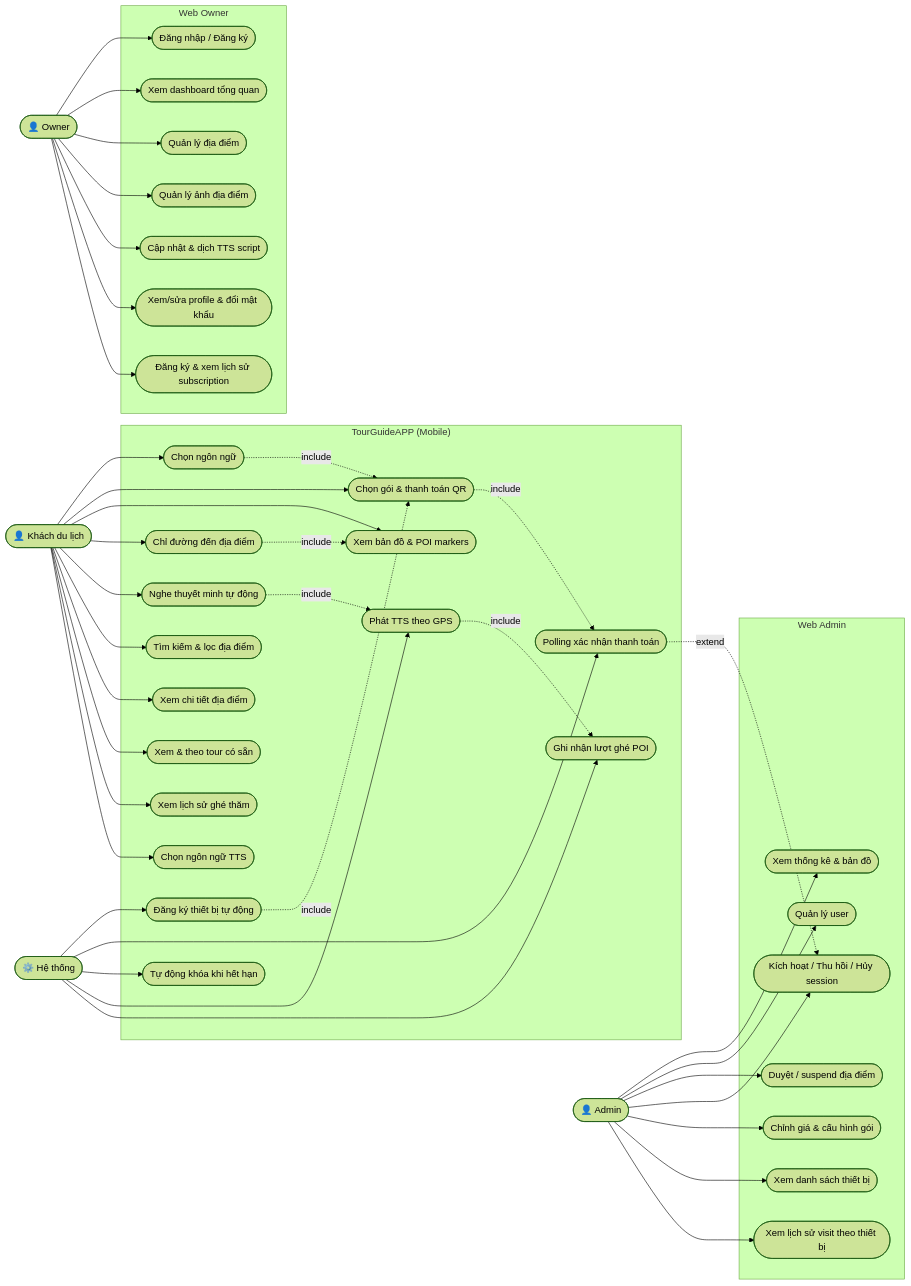
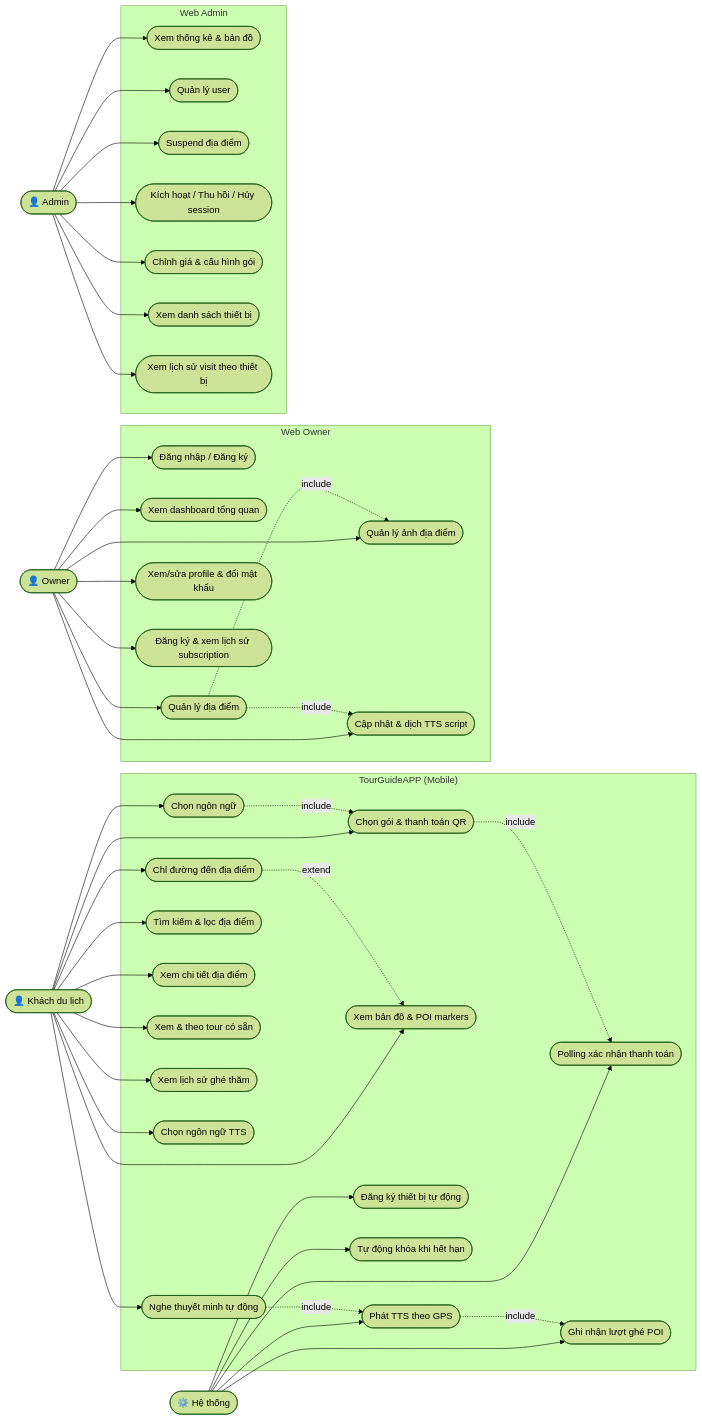
Before and after one commit to MTai55/csharp: the first of 25 diagrams in PRD.md, drawn with Mermaid (forest theme). The commit also changed other lines of this file and 7 other files, not shown here.

Commit message:
optimize và web sequence

````diff
--- a/PRD.md
+++ b/PRD.md
@@ -124,7 +124,7 @@
     subgraph WEB_ADMIN["  Web Admin  "]
         UC23(["Xem thống kê & bản đồ"])
         UC24(["Quản lý user"])
-        UC25(["Duyệt / suspend địa điểm"])
+        UC25(["Suspend địa điểm"])
         UC26(["Kích hoạt / Thu hồi / Hủy session"])
         UC27(["Chỉnh giá & cấu hình gói"])
         UC28(["Xem danh sách thiết bị"])
@@ -166,9 +166,9 @@
 
     UC1 -. include .-> UC2
     UC2 -. include .-> UC12
-    UC4 -. include .-> UC3
+    UC4 -. extend .-> UC3
     UC5 -. include .-> UC14
     UC14 -. include .-> UC15
-    UC11 -. include .-> UC2
-    UC12 -. extend .-> UC26
+    UC18 -. include .-> UC19
+    UC18 -. include .-> UC20
 ```
````
